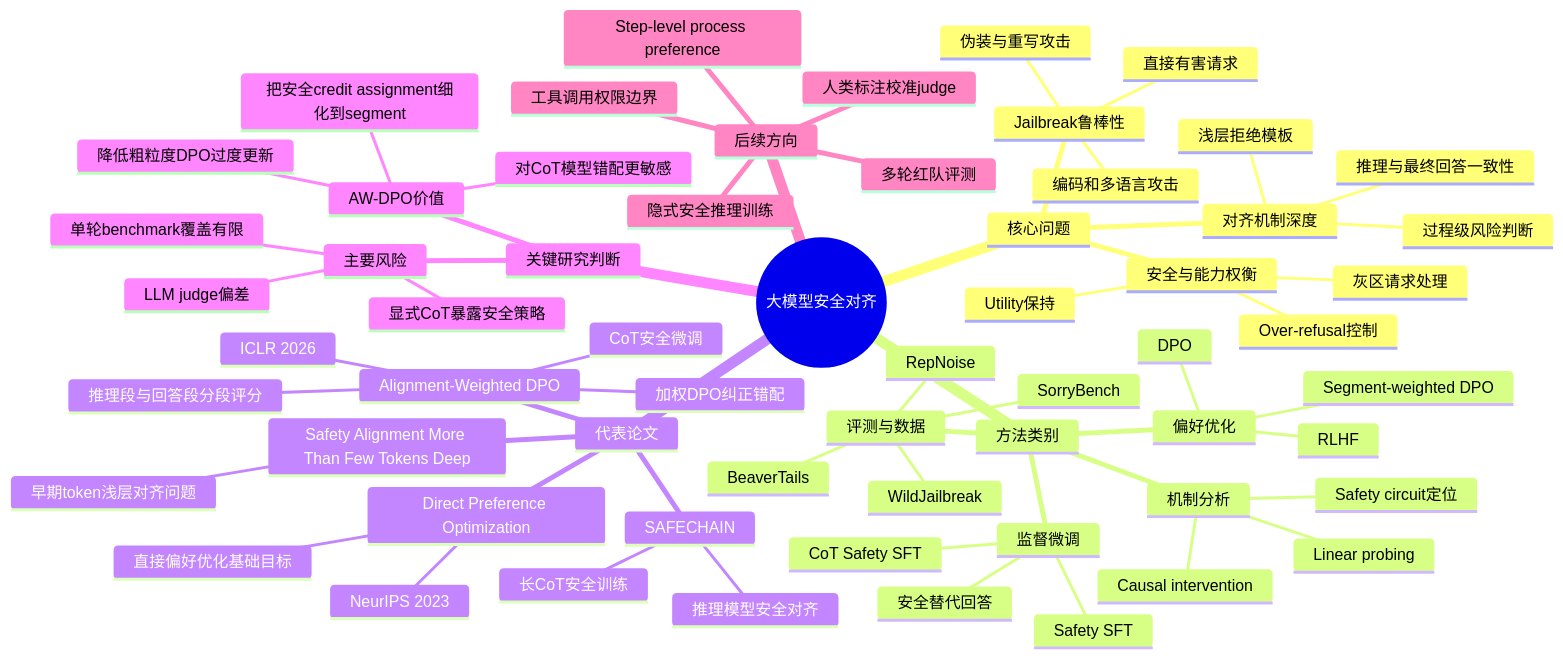
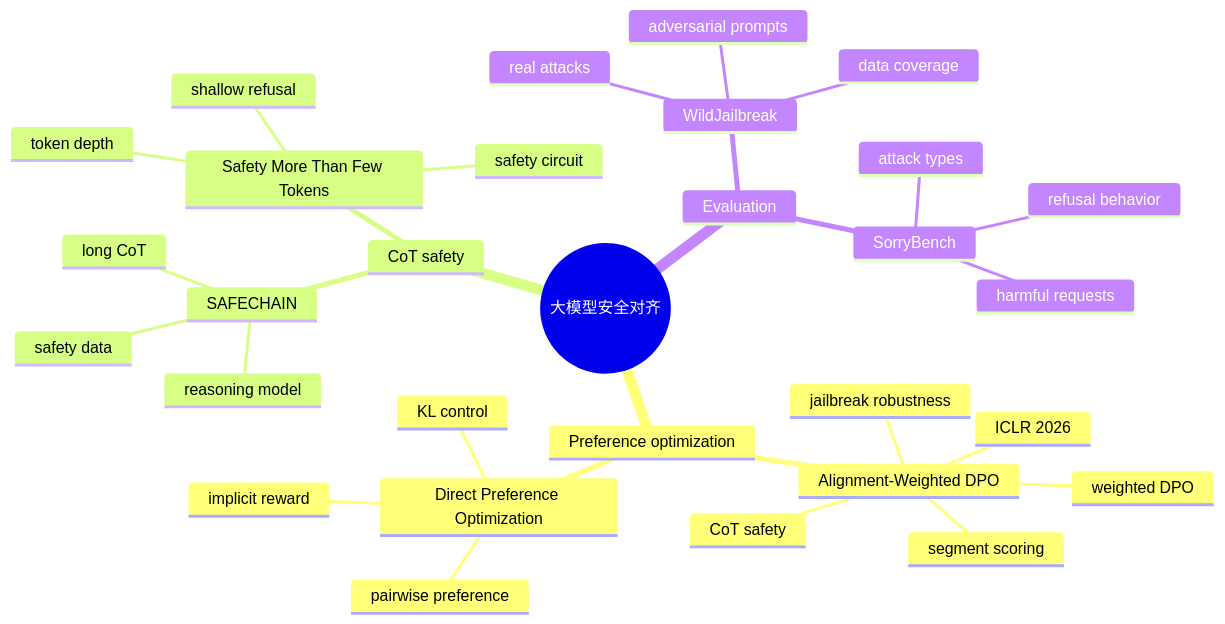
Before and after one commit to ziyi-wang2003/studynote: the diagram in content/新论文新技术/大模型安全对齐/大模型安全对齐_思维导图.md, drawn with Mermaid. The commit also changed 10 other files, not shown here.

Commit message:
整理 Looped Transformer 章节和思维导图

````diff
--- a/content/新论文新技术/大模型安全对齐/大模型安全对齐_思维导图.md
+++ b/content/新论文新技术/大模型安全对齐/大模型安全对齐_思维导图.md
@@ -16,64 +16,33 @@
 ```mermaid
 mindmap
   root((大模型安全对齐))
-    核心问题
-      Jailbreak鲁棒性
-        直接有害请求
-        伪装与重写攻击
-        编码和多语言攻击
-      安全与能力权衡
-        Utility保持
-        Over-refusal控制
-        灰区请求处理
-      对齐机制深度
-        浅层拒绝模板
-        过程级风险判断
-        推理与最终回答一致性
-    方法类别
-      监督微调
-        Safety SFT
-        CoT Safety SFT
-        安全替代回答
-      偏好优化
-        RLHF
-        DPO
-        Segment-weighted DPO
-      机制分析
-        Linear probing
-        Causal intervention
-        Safety circuit定位
-      评测与数据
-        SorryBench
-        WildJailbreak
-        BeaverTails
-        RepNoise
-    代表论文
+    Preference optimization
       Alignment-Weighted DPO
         ICLR 2026
-        CoT安全微调
-        推理段与回答段分段评分
-        加权DPO纠正错配
+        CoT safety
+        segment scoring
+        weighted DPO
+        jailbreak robustness
       Direct Preference Optimization
-        NeurIPS 2023
-        直接偏好优化基础目标
+        implicit reward
+        KL control
+        pairwise preference
+    CoT safety
       SAFECHAIN
-        长CoT安全训练
-        推理模型安全对齐
-      Safety Alignment More Than Few Tokens Deep
-        早期token浅层对齐问题
-    关键研究判断
-      AW-DPO价值
-        把安全credit assignment细化到segment
-        降低粗粒度DPO过度更新
-        对CoT模型错配更敏感
-      主要风险
-        LLM judge偏差
-        显式CoT暴露安全策略
-        单轮benchmark覆盖有限
-    后续方向
-      隐式安全推理训练
-      Step-level process preference
-      多轮红队评测
-      工具调用权限边界
-      人类标注校准judge
+        long CoT
+        safety data
+        reasoning model
+      Safety More Than Few Tokens
+        shallow refusal
+        token depth
+        safety circuit
+    Evaluation
+      SorryBench
+        refusal behavior
+        harmful requests
+        attack types
+      WildJailbreak
+        adversarial prompts
+        data coverage
+        real attacks
 ```
````
